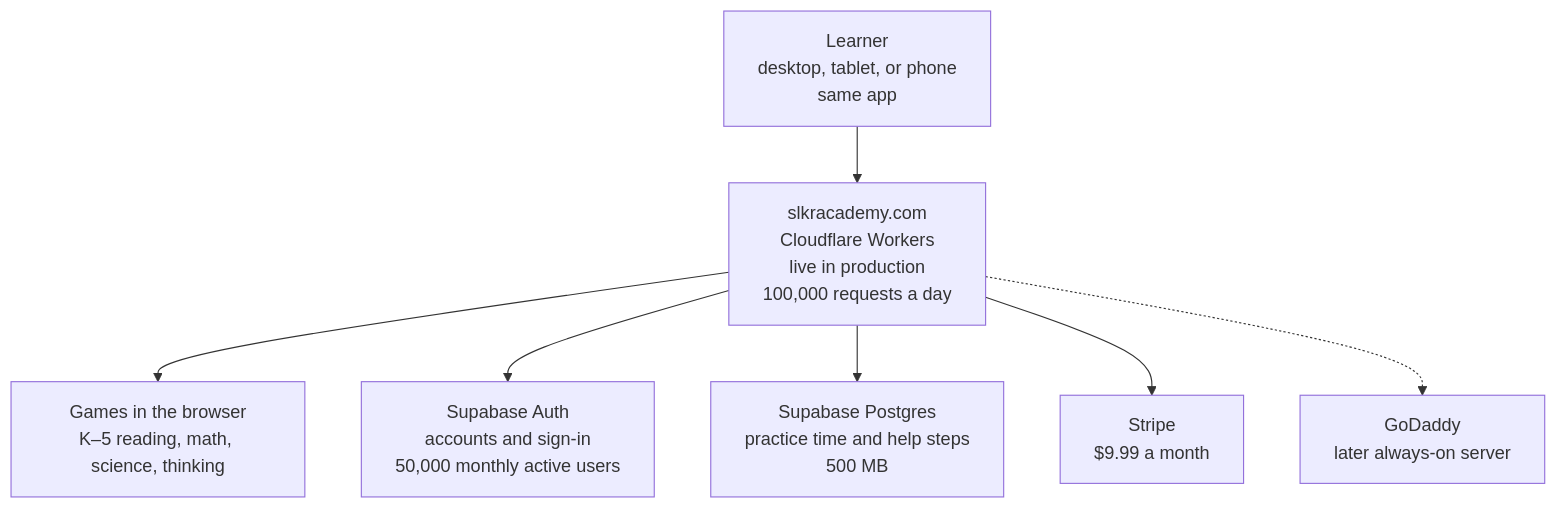
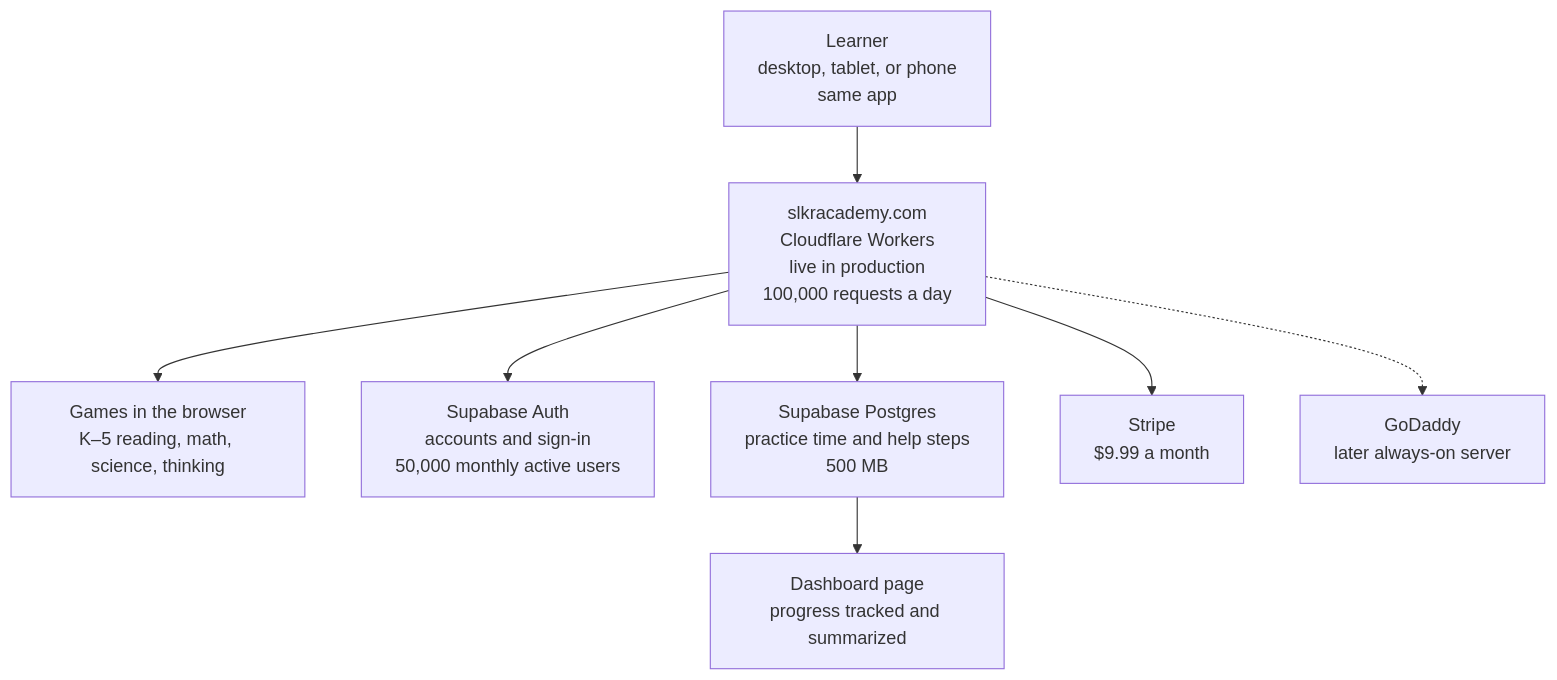
The diagram in README.md (alex-rahi/slkr_academy), drawn with Mermaid before and after one commit. The commit also changed other lines of this file, not shown here.

Commit message:
Note that progress is tracked and summarized on the dashboard.

````diff
--- a/README.md
+++ b/README.md
@@ -25,17 +25,19 @@
 ```mermaid
 flowchart TB
   learner["Learner\ndesktop, tablet, or phone\nsame app"]
   site["slkracademy.com\nCloudflare Workers\nlive in production\n100,000 requests a day"]
   games["Games in the browser\nK–5 reading, math, science, thinking"]
   accounts["Supabase Auth\naccounts and sign-in\n50,000 monthly active users"]
   data["Supabase Postgres\npractice time and help steps\n500 MB"]
+  dashboard["Dashboard page\nprogress tracked and summarized"]
   billing["Stripe\n$9.99 a month"]
   later["GoDaddy\nlater always-on server"]
 
   learner --> site
   site --> games
   site --> accounts
   site --> data
+  data --> dashboard
   site --> billing
   site -.-> later
 ```
````
